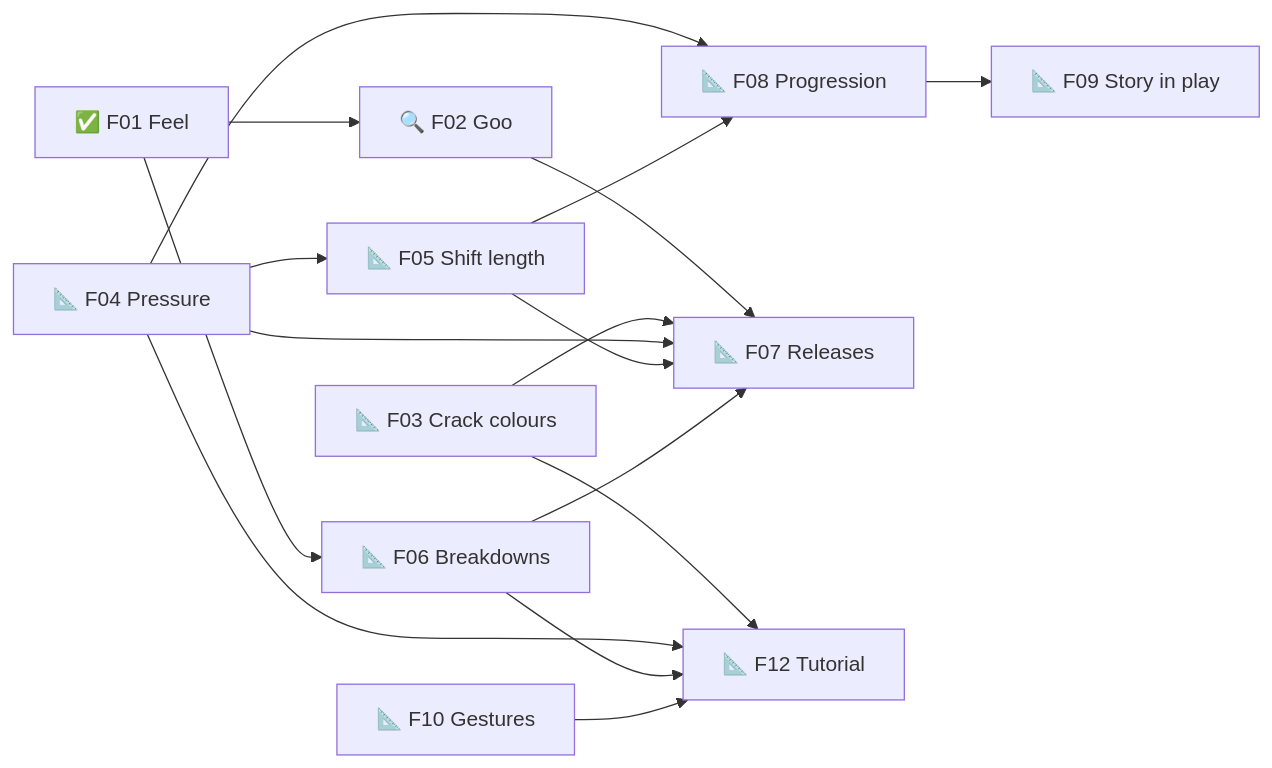
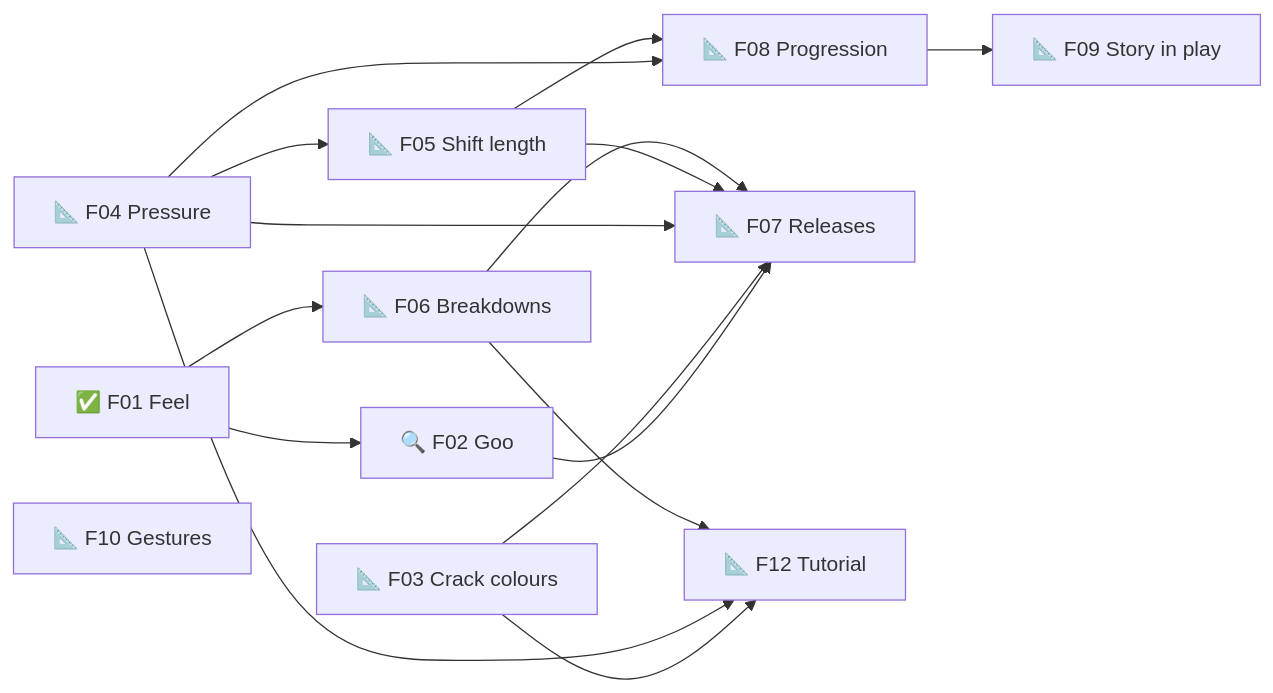
Before and after one commit to TheBlueMuzzy/GOOPS: the first of 2 diagrams in .planning/ROADMAP.md, drawn with Mermaid. The commit also changed other lines of this file and 2 other files, not shown here.

````diff
--- a/.planning/ROADMAP.md
+++ b/.planning/ROADMAP.md
@@ -48,18 +49,18 @@
 ```mermaid
 flowchart LR
   F01[✅ F01 Feel] --> F02[🔍 F02 Goo]
   F01 --> F06[📐 F06 Breakdowns]
   F04[📐 F04 Pressure] --> F05[📐 F05 Shift length]
   F04 --> F08[📐 F08 Progression]
   F05 --> F08
   F08 --> F09[📐 F09 Story in play]
   F02 --> F07[📐 F07 Releases]
   F03[📐 F03 Crack colours] --> F07
   F04 --> F07
   F05 --> F07
   F06 --> F07
   F03 --> F12[📐 F12 Tutorial]
   F04 --> F12
   F06 --> F12
-  F10[📐 F10 Gestures] --> F12
+  F10[📐 F10 Gestures]
 ```
````
